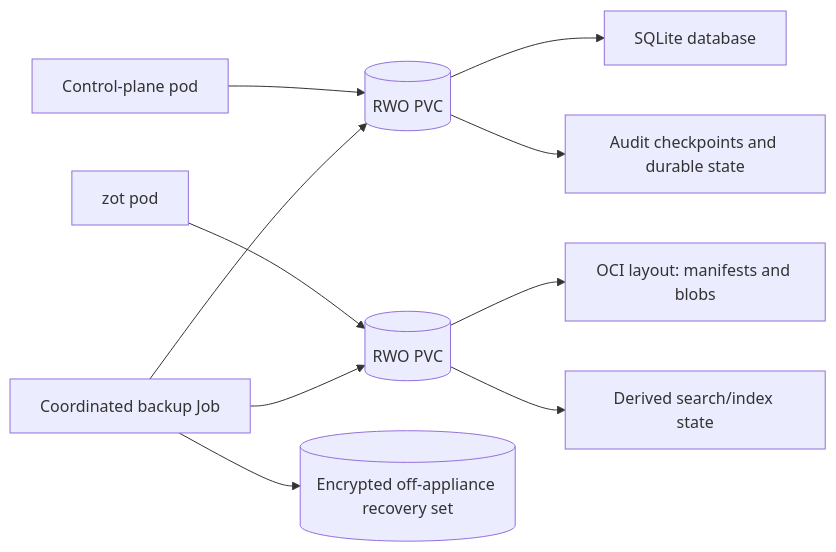
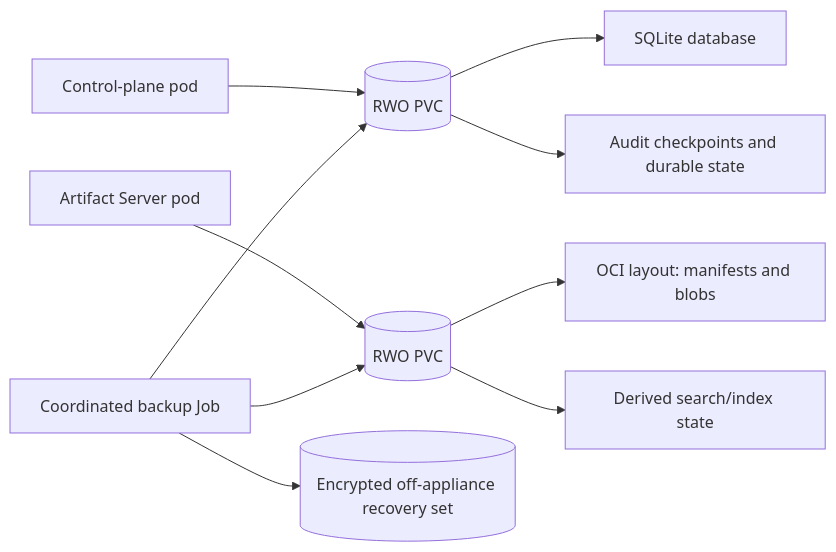
The second of 2 diagrams in docs/deployment-topology.md (zoncaesaradmin/appliance-code), drawn with Mermaid before and after one commit. The commit also changed other lines of this file and 51 other files, not shown here.

````diff
--- a/docs/deployment-topology.md
+++ b/docs/deployment-topology.md
@@ -136,14 +136,14 @@
 ```mermaid
 flowchart LR
     Control["Control-plane pod"] --> CPVC[("RWO PVC")]
     CPVC --> SQLite["SQLite database"]
     CPVC --> State["Audit checkpoints and durable state"]
 
-    Zot["zot pod"] --> ZPVC[("RWO PVC")]
+    ArtifactServer["Artifact Server pod"] --> ZPVC[("RWO PVC")]
     ZPVC --> OCI["OCI layout: manifests and blobs"]
     ZPVC --> Index["Derived search/index state"]
 
     Backup["Coordinated backup Job"] --> CPVC
     Backup --> ZPVC
     Backup --> Remote[("Encrypted off-appliance recovery set")]
 ```
````
